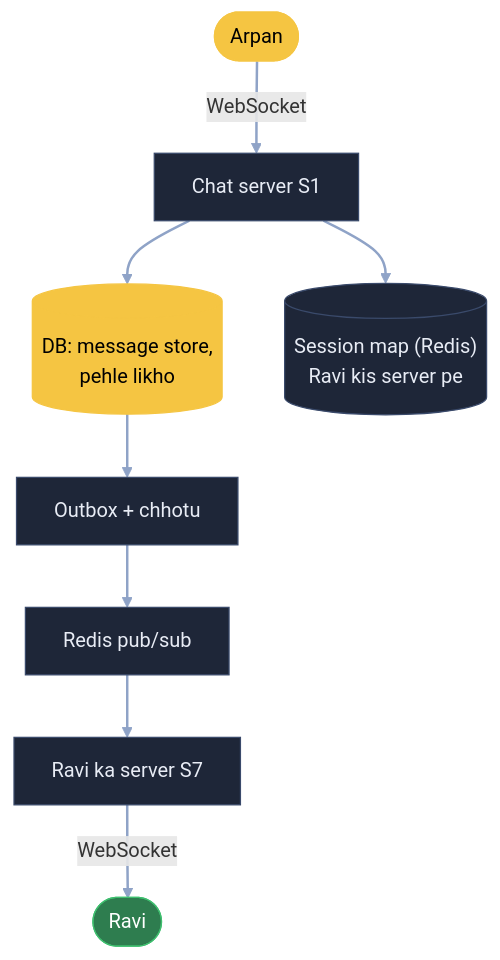
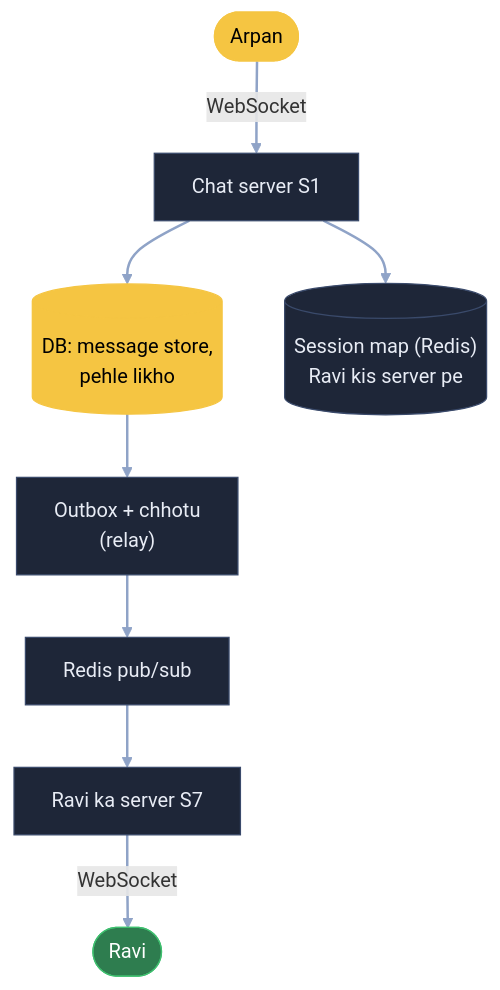
Before and after one commit to ArpanMaheshwari144/Prep: diagram 14 of 14 in 04_HLD/SYSTEM_DESIGNS/14_chat_messaging/14_chat_messaging.md, drawn with Mermaid. The commit also changed other lines of this file and 22 other files, not shown here.

Commit message:
Diagram: sirf kahani ke dohraaye shabd pe bracket, us jagah notes wala matlab (207 label)

````diff
--- a/04_HLD/SYSTEM_DESIGNS/14_chat_messaging/14_chat_messaging.md
+++ b/04_HLD/SYSTEM_DESIGNS/14_chat_messaging/14_chat_messaging.md
@@ -547,14 +547,14 @@
 ```mermaid
 flowchart TB
     A(["Arpan"]):::pill -- "WebSocket" --> S1["Chat server S1"]:::card
     S1 --> DB[("DB: message store,<br/>pehle likho")]:::pill
-    DB --> OB["Outbox + chhotu"]:::card
+    DB --> OB["Outbox + chhotu<br/>(relay)"]:::card
     S1 --> SM[("Session map (Redis)<br/>Ravi kis server pe")]:::card
     OB --> PS["Redis pub/sub"]:::card --> S7["Ravi ka server S7"]:::card
     S7 -- "WebSocket" --> R(["Ravi"]):::good
     linkStyle default stroke:#8fa3c7,stroke-width:2px
     classDef card fill:#1e2638,stroke:#3a4a6b,color:#e8ecf5
     classDef pill fill:#f5c542,stroke:#f5c542,color:#000
     classDef good fill:#2e7d4f,stroke:#3fbf6f,color:#fff
     classDef bad fill:#5c1f24,stroke:#e05561,color:#fff
 ```
````
